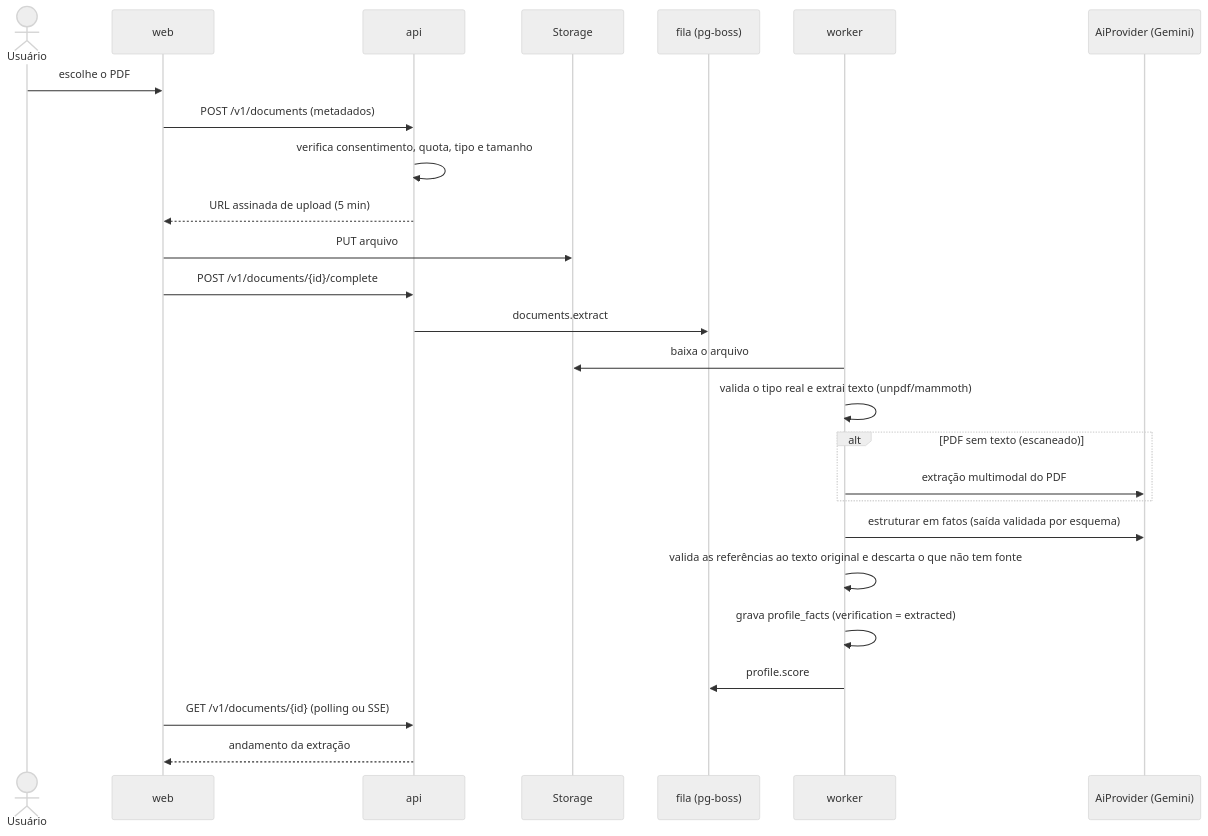
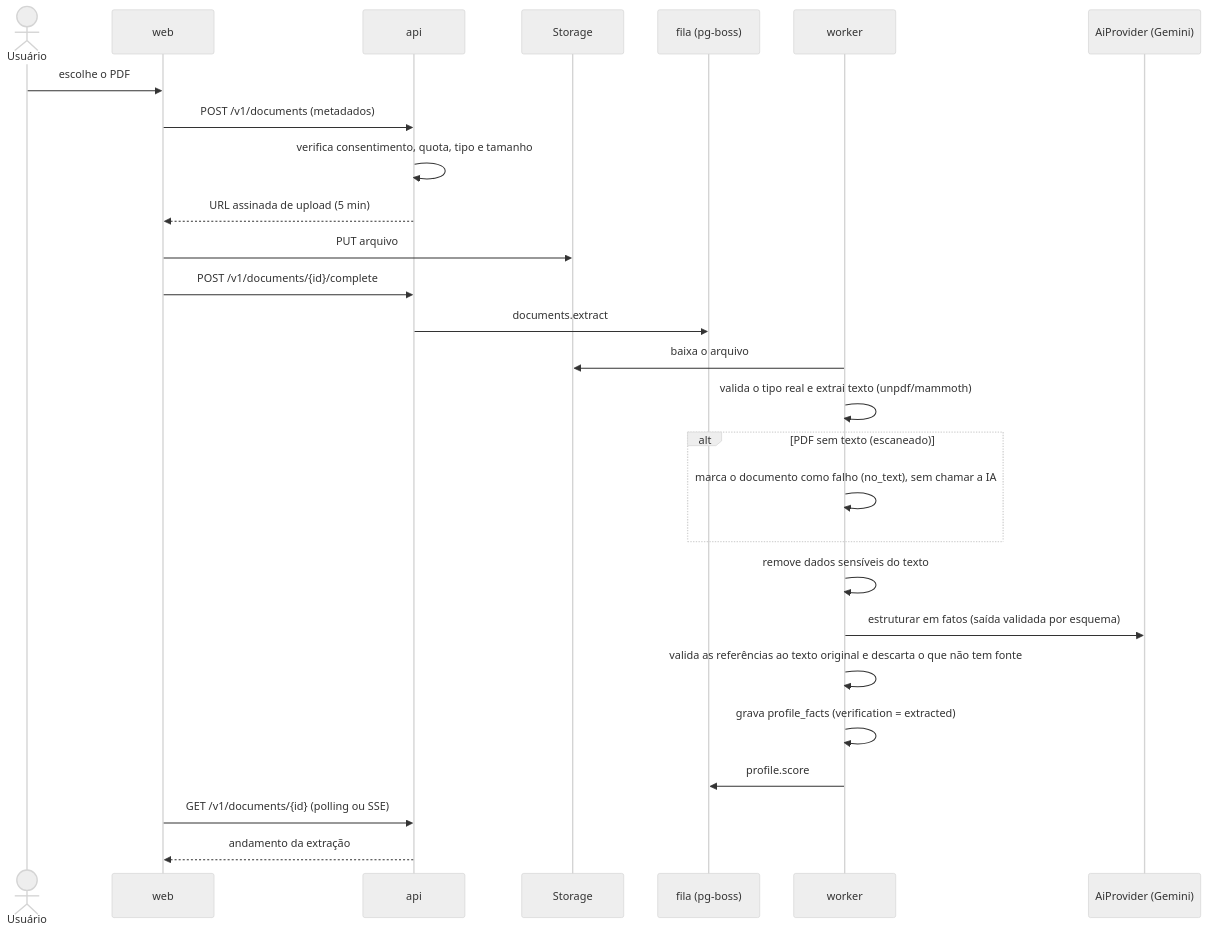
Before and after one commit to mateusricardodev/Linkediner: the second of 3 diagrams in docs/arquitetura/04-fluxos.md, drawn with Mermaid (neutral theme). The commit also changed 75 other files, not shown here.

````diff
--- a/docs/arquitetura/04-fluxos.md
+++ b/docs/arquitetura/04-fluxos.md
@@ -65,28 +65,29 @@
 ```mermaid
 sequenceDiagram
   actor U as Usuário
   participant W as web
   participant A as api
   participant S as Storage
   participant Q as fila (pg-boss)
   participant K as worker
   participant G as AiProvider (Gemini)
   U->>W: escolhe o PDF
   W->>A: POST /v1/documents (metadados)
   A->>A: verifica consentimento, quota, tipo e tamanho
   A-->>W: URL assinada de upload (5 min)
   W->>S: PUT arquivo
   W->>A: POST /v1/documents/{id}/complete
   A->>Q: documents.extract
   K->>S: baixa o arquivo
   K->>K: valida o tipo real e extrai texto (unpdf/mammoth)
   alt PDF sem texto (escaneado)
-    K->>G: extração multimodal do PDF
+    K->>K: marca o documento como falho (no_text), sem chamar a IA
   end
+  K->>K: remove dados sensíveis do texto
   K->>G: estruturar em fatos (saída validada por esquema)
   K->>K: valida as referências ao texto original e descarta o que não tem fonte
   K->>K: grava profile_facts (verification = extracted)
   K->>Q: profile.score
   W->>A: GET /v1/documents/{id} (polling ou SSE)
   A-->>W: andamento da extração
 ```
````
